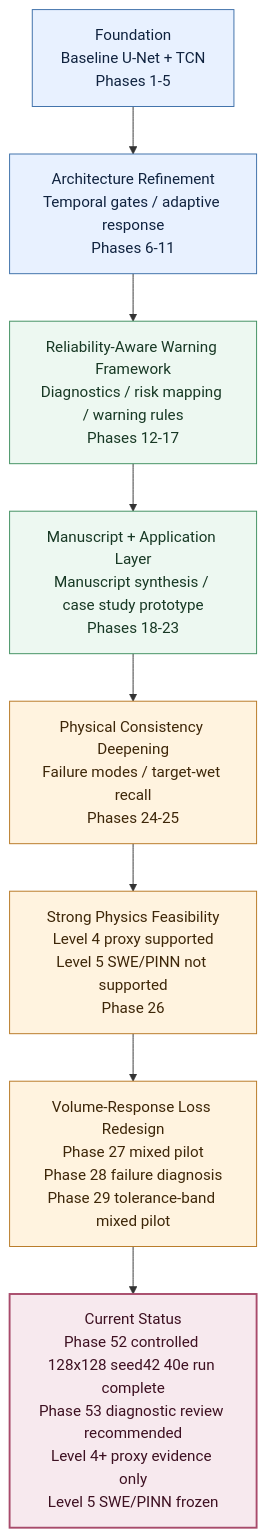
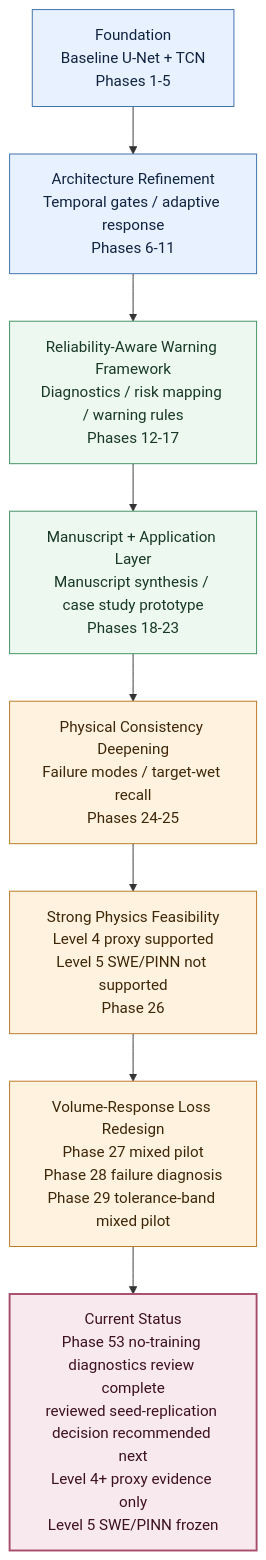
Before and after one commit to HolyLin990604/physics-guided-urban-flood-prediction: the second of 3 diagrams in README.md, drawn with Mermaid. The commit also changed other lines of this file and 2 other files, not shown here.

Commit message:
docs: sync phase53 diagnostics review status

````diff
--- a/README.md
+++ b/README.md
@@ -28,18 +28,18 @@
 ```mermaid
 flowchart TB
     A["Foundation<br/>Baseline U-Net + TCN<br/>Phases 1-5"]:::foundation
     B["Architecture Refinement<br/>Temporal gates / adaptive response<br/>Phases 6-11"]:::foundation
     C["Reliability-Aware Warning Framework<br/>Diagnostics / risk mapping / warning rules<br/>Phases 12-17"]:::reliability
     D["Manuscript + Application Layer<br/>Manuscript synthesis / case study prototype<br/>Phases 18-23"]:::reliability
     E["Physical Consistency Deepening<br/>Failure modes / target-wet recall<br/>Phases 24-25"]:::physics
     F["Strong Physics Feasibility<br/>Level 4 proxy supported<br/>Level 5 SWE/PINN not supported<br/>Phase 26"]:::physics
     G["Volume-Response Loss Redesign<br/>Phase 27 mixed pilot<br/>Phase 28 failure diagnosis<br/>Phase 29 tolerance-band mixed pilot"]:::physics
-    H["Current Status<br/>Phase 52 controlled 128x128 seed42 40e run complete<br/>Phase 53 diagnostic review recommended<br/>Level 4+ proxy evidence only<br/>Level 5 SWE/PINN frozen"]:::current
+    H["Current Status<br/>Phase 53 no-training diagnostics review complete<br/>reviewed seed-replication decision recommended next<br/>Level 4+ proxy evidence only<br/>Level 5 SWE/PINN frozen"]:::current
 
     A --> B --> C --> D --> E --> F --> G --> H
 
     classDef foundation fill:#e8f1ff,stroke:#3b6ea8,stroke-width:1px,color:#10233f
     classDef reliability fill:#edf8f1,stroke:#3f8f5f,stroke-width:1px,color:#173824
     classDef physics fill:#fff3df,stroke:#b77722,stroke-width:1px,color:#3d2608
     classDef current fill:#f7e9ee,stroke:#a84b6b,stroke-width:2px,color:#3d1021
 ```
````
